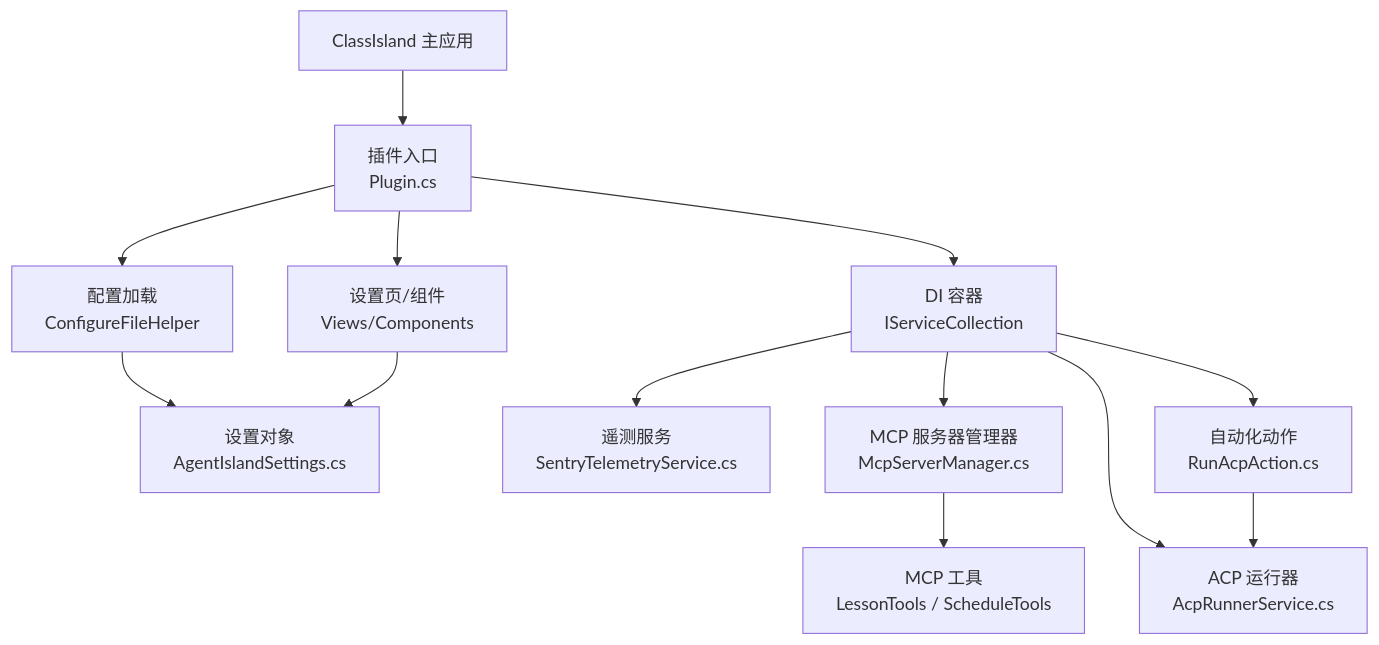
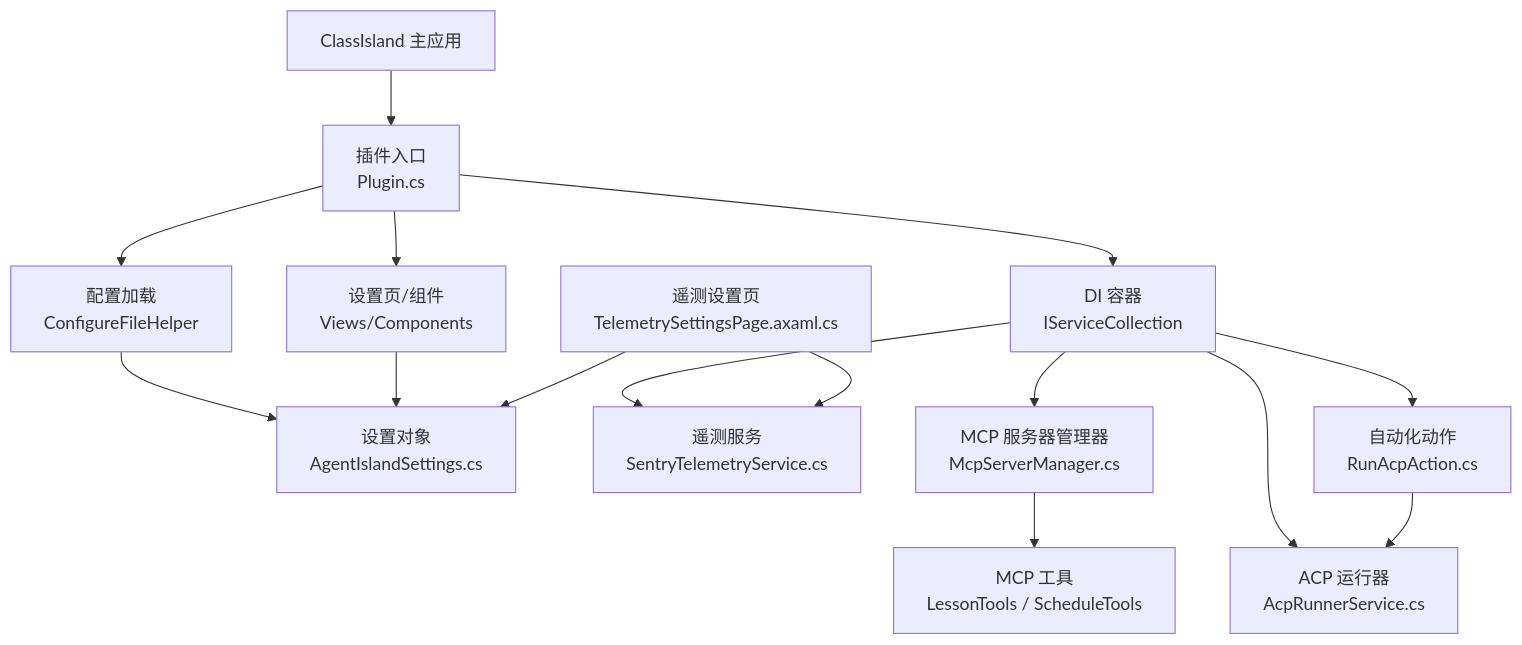
The second of 8 diagrams in .qoder/repowiki/zh/content/架构设计/插件架构.md (ShihaoShenDev/AgentIsland), drawn with Mermaid before and after one commit. The commit also changed other lines of this file and 31 other files, not shown here.

````diff
--- a/.qoder/repowiki/zh/content/架构设计/插件架构.md
+++ b/.qoder/repowiki/zh/content/架构设计/插件架构.md
@@ -133,26 +148,29 @@
 ```mermaid
 graph TB
 CI["ClassIsland 主应用"]
 PLG["插件入口<br/>Plugin.cs"]
 DI["DI 容器<br/>IServiceCollection"]
 CFG["配置加载<br/>ConfigureFileHelper"]
 SET["设置对象<br/>AgentIslandSettings.cs"]
 TEL["遥测服务<br/>SentryTelemetryService.cs"]
 MCP["MCP 服务器管理器<br/>McpServerManager.cs"]
 TOOLS["MCP 工具<br/>LessonTools / ScheduleTools"]
 ACT["自动化动作<br/>RunAcpAction.cs"]
 RUNNER["ACP 运行器<br/>AcpRunnerService.cs"]
 UI["设置页/组件<br/>Views/Components"]
+TELP["遥测设置页<br/>TelemetrySettingsPage.axaml.cs"]
 CI --> PLG
 PLG --> CFG
 CFG --> SET
 PLG --> DI
 DI --> TEL
 DI --> MCP
 DI --> ACT
 DI --> RUNNER
 MCP --> TOOLS
 ACT --> RUNNER
 UI --> SET
 PLG --> UI
+TELP --> SET
+TELP --> TEL
 ```
````
